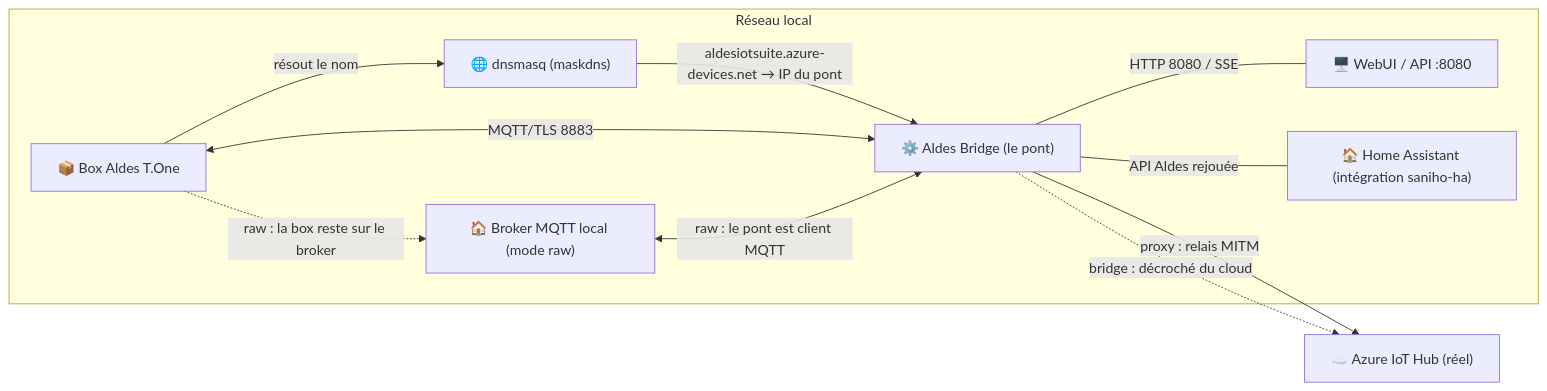
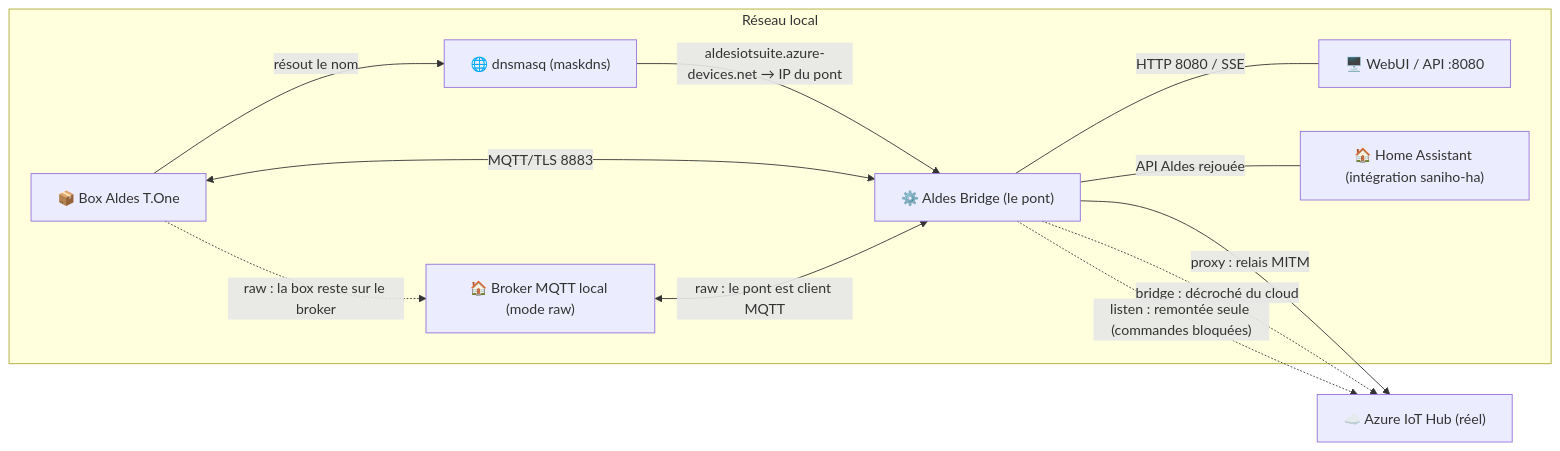
Before and after one commit to saniho/aldes-bridge: the first of 5 diagrams in docs/flux-modes.md, drawn with Mermaid. The commit also changed other lines of this file and 16 other files, not shown here.

First line of the commit message:
feat: mode listen — remontée box→Azure, commandes cloud→box bloquées

````diff
--- a/docs/flux-modes.md
+++ b/docs/flux-modes.md
@@ -8,22 +8,23 @@
 ```mermaid
 flowchart LR
     subgraph Local["Réseau local"]
         Box["📦 Box Aldes T.One"]
         DNS["🌐 dnsmasq (maskdns)"]
         Bridge["⚙️ Aldes Bridge (le pont)"]
         UI["🖥️ WebUI / API :8080"]
         HA["🏠 Home Assistant (intégration saniho-ha)"]
         Broker["🏠 Broker MQTT local (mode raw)"]
     end
     Azure["☁️ Azure IoT Hub (réel)"]
 
     Box -->|"résout le nom"| DNS
     DNS -->|"aldesiotsuite.azure-devices.net → IP du pont"| Bridge
     Box <-->|"MQTT/TLS 8883"| Bridge
     Bridge -->|"proxy : relais MITM"| Azure
-    Bridge -.->|"bridge : décroché du cloud"| Azure
+        Bridge -.->|"bridge : décroché du cloud"| Azure
     Box -.->|"raw : la box reste sur le broker"| Broker
     Broker <-->|"raw : le pont est client MQTT"| Bridge
+    Bridge -.->|"listen : remontée seule (commandes bloquées)"| Azure
     Bridge ---|"HTTP 8080 / SSE"| UI
     Bridge ---|"API Aldes rejouée"| HA
 ```
````
